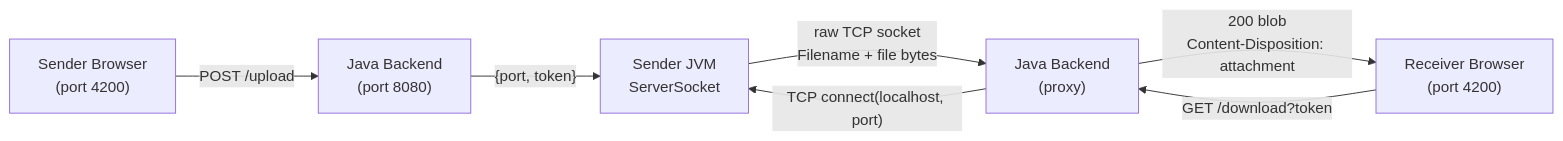
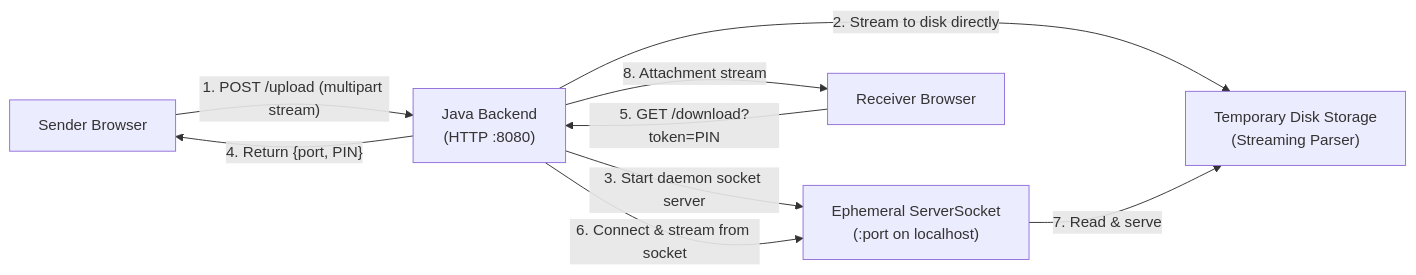
Before and after one commit to utkarsh-gupta17/SwiftShare: the first of 7 diagrams in README.md, drawn with Mermaid. The commit also changed other lines of this file and 9 other files, not shown here.

````diff
--- a/README.md
+++ b/README.md
@@ -57,15 +57,18 @@
 ```mermaid
 graph LR
-    Sender["Sender Browser<br/>(port 4200)"]
-    Backend["Java Backend<br/>(port 8080)"]
-    JVM["Sender JVM<br/>ServerSocket"]
-    Proxy["Java Backend<br/>(proxy)"]
-    Receiver["Receiver Browser<br/>(port 4200)"]
+    Sender["Sender Browser"]
+    Backend["Java Backend<br/>(HTTP :8080)"]
+    Storage["Temporary Disk Storage<br/>(Streaming Parser)"]
+    Socket["Ephemeral ServerSocket<br/>(:port on localhost)"]
+    Receiver["Receiver Browser"]
 
-    Sender -->|"POST /upload"| Backend
-    Backend -->|"{port, token}"| JVM
-    Receiver -->|"GET /download?token"| Proxy
-    Proxy -->|"TCP connect(localhost, port)"| JVM
-    JVM -->|"raw TCP socket<br/>Filename + file bytes"| Proxy
-    Proxy -->|"200 blob<br/>Content-Disposition: attachment"| Receiver
+    Sender -->|"1. POST /upload (multipart stream)"| Backend
+    Backend -->|"2. Stream to disk directly"| Storage
+    Backend -->|"3. Start daemon socket server"| Socket
+    Backend -->|"4. Return {port, PIN}"| Sender
+
+    Receiver -->|"5. GET /download?token=PIN"| Backend
+    Backend -->|"6. Connect & stream from socket"| Socket
+    Socket -->|"7. Read & serve"| Storage
+    Backend -->|"8. Attachment stream"| Receiver
 ```
````
